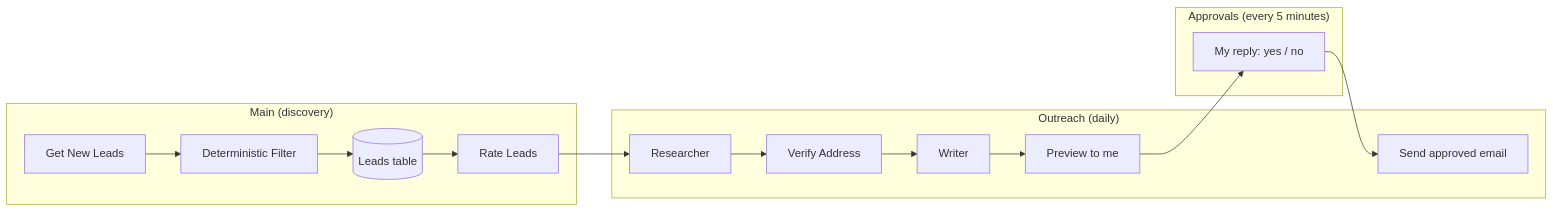
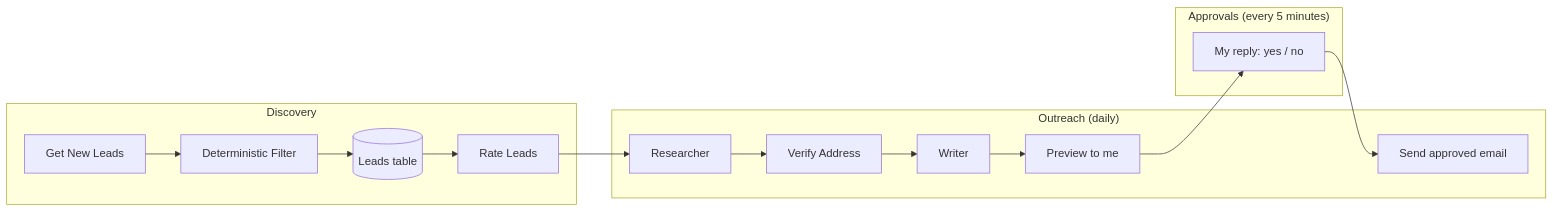
Before and after one commit to Prolegomeno/AI-Job-Hunter: the first of 2 diagrams in README.md, drawn with Mermaid. The commit also changed other lines of this file and 9 other files, not shown here.

````diff
--- a/README.md
+++ b/README.md
@@ -19,16 +19,16 @@
 ```mermaid
 flowchart LR
-    subgraph Main["Main (discovery)"]
+    subgraph Discovery["Discovery"]
         A[Get New Leads] --> B[Deterministic Filter] --> C[(Leads table)]
         C --> D[Rate Leads]
     end
     subgraph Outreach["Outreach (daily)"]
         E[Researcher] --> F[Verify Address] --> G[Writer] --> H[Preview to me]
         I[Send approved email]
     end
     subgraph Approvals["Approvals (every 5 minutes)"]
         J[My reply: yes / no]
     end
     D --> E
     H --> J --> I
 ```
````
